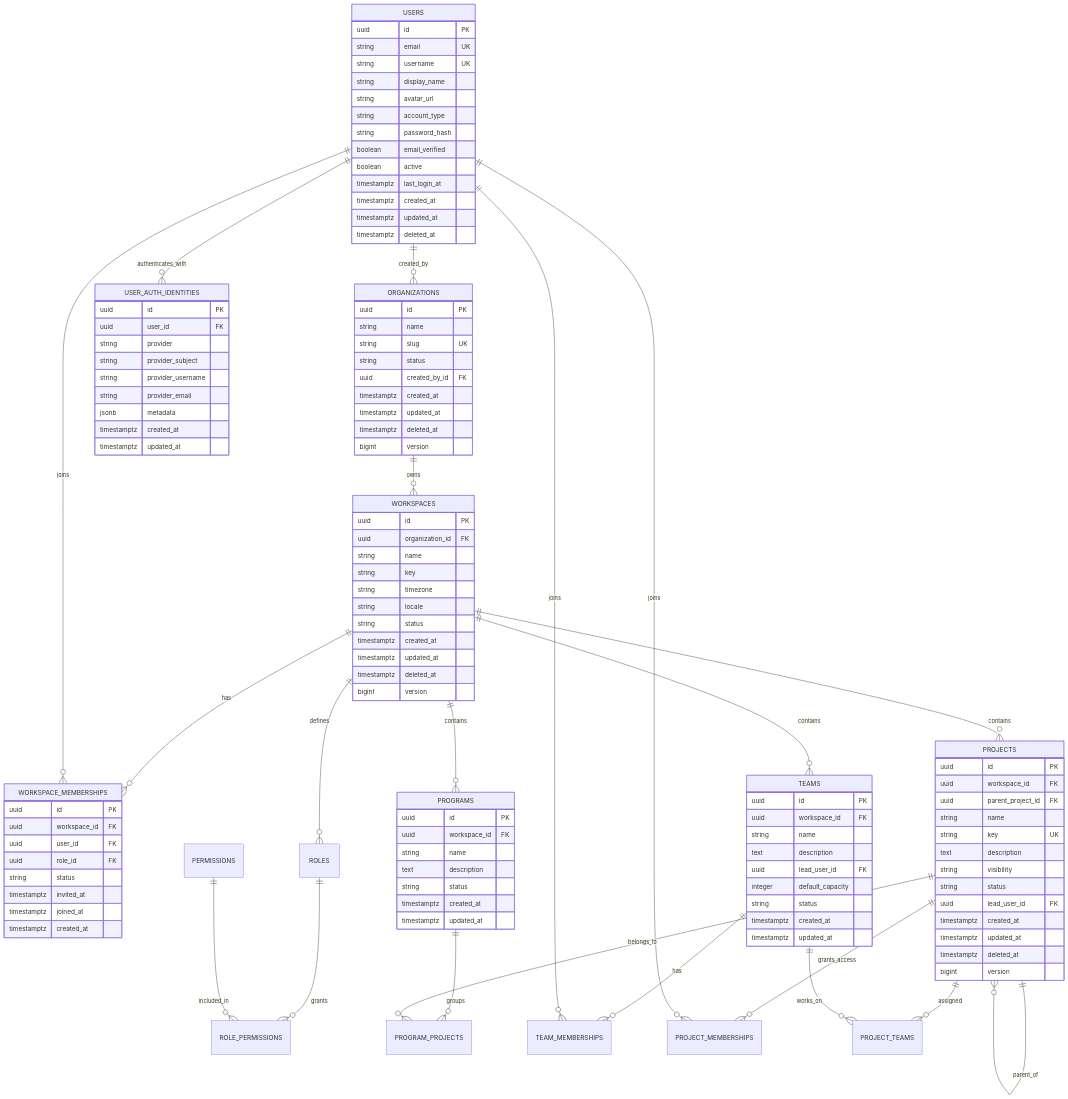
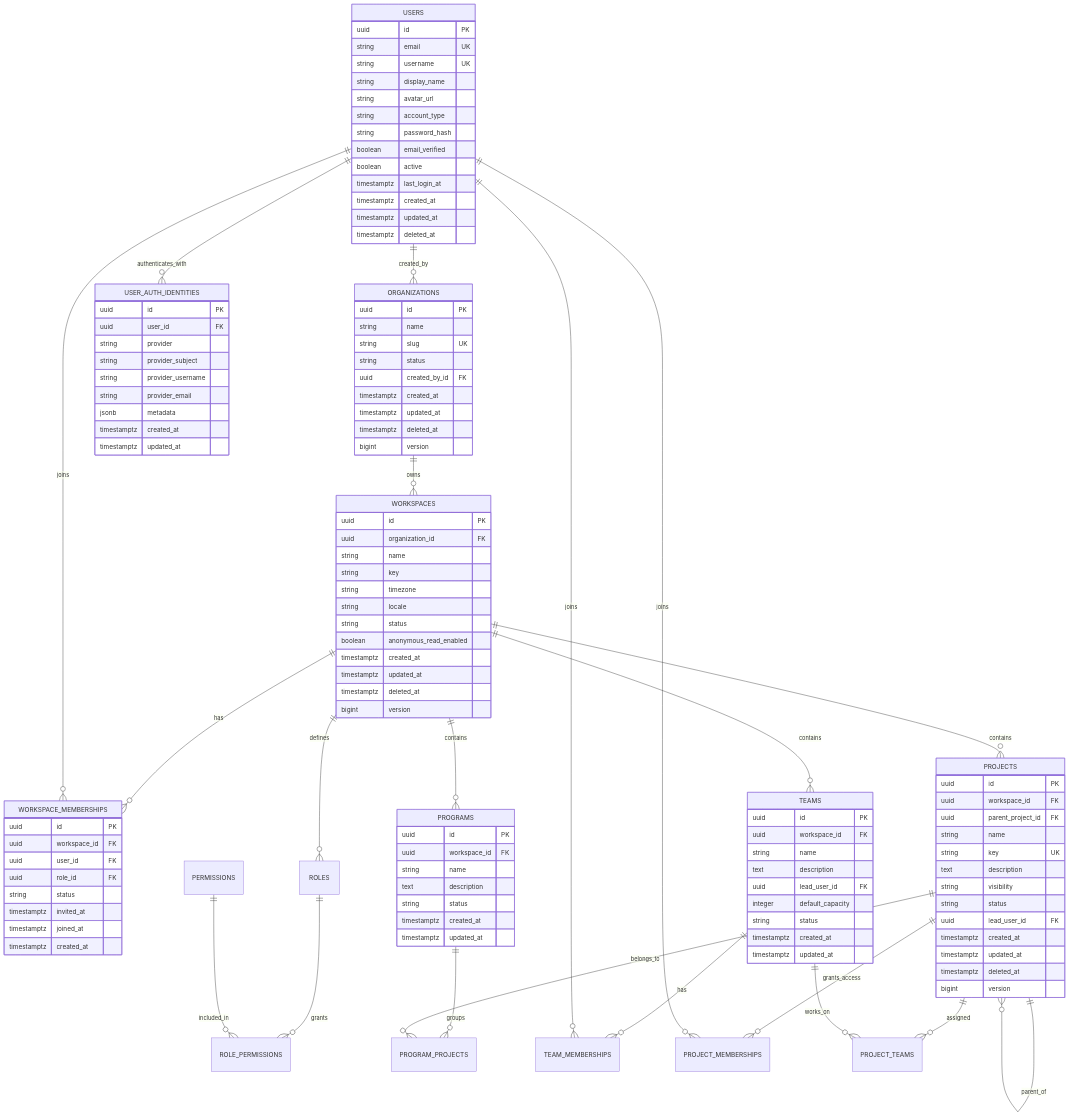
One commit to StrangeQuark/trasck changed the first of 6 diagrams in TECH_SPECS.MD. Above: the diagram before and after it, drawn with Mermaid. The commit also changed other lines of this file and 25 other files, not shown here.

```diff
--- a/TECH_SPECS.MD
+++ b/TECH_SPECS.MD
@@ -180,6 +204,7 @@
         string timezone
         string locale
         string status
+        boolean anonymous_read_enabled
         timestamptz created_at
         timestamptz updated_at
         timestamptz deleted_at
```
